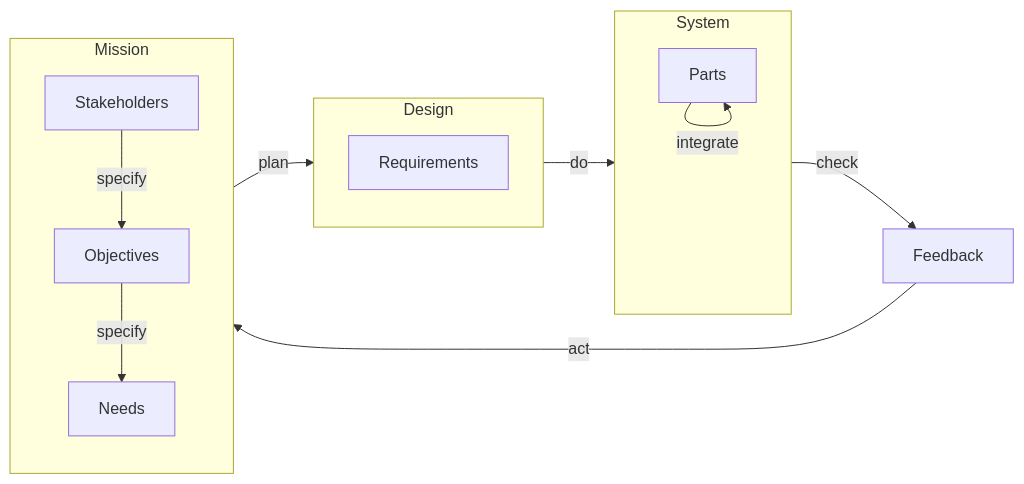
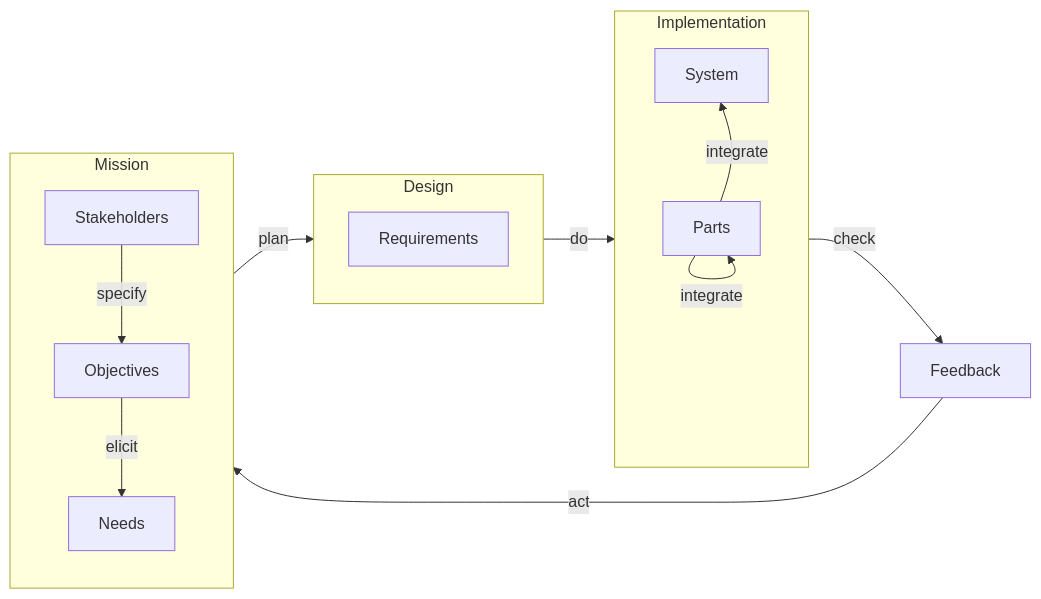
Before and after one commit to firstprinciplesthinking/paper_development_lifecycle: the eighth of 12 diagrams in README.md, drawn with Mermaid. The commit also changed other lines of this file, not shown here.

````diff
--- a/README.md
+++ b/README.md
@@ -199,29 +203,31 @@
 ```mermaid
    flowchart LR
       subgraph Design
          Requirements
       end
 
-      subgraph System
-         Parts
+      subgraph Implementation
+         System["System"]
+         Parts["Parts"]
       end
    
       Feedback
 
       subgraph Mission
          Stakeholders
          Objectives
          Needs
       end
 
-
       Mission--"plan"-->Design
-      Design--"do"-->System
-      System--"check"-->Feedback
+      Design--"do"-->Implementation
+      Implementation--"check"-->Feedback
       Feedback--"act"-->Mission
 
+      Parts--"integrate"-->System
       Parts--"integrate"-->Parts
+      System~~~Parts
 
       Stakeholders--"specify"-->Objectives
-      Objectives--"specify"-->Needs
+      Objectives--"elicit"-->Needs
 ```
````
